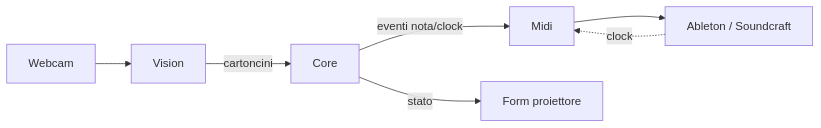
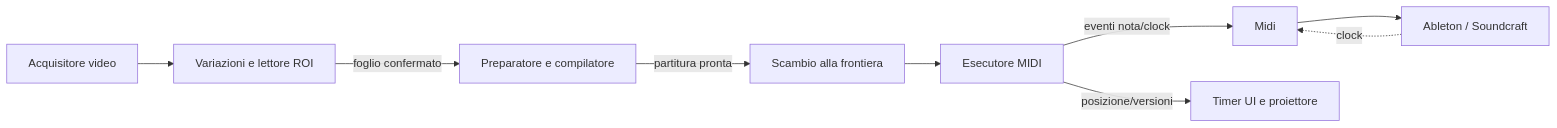
Before and after one commit to il-prof-f-a/visual-music-block-looper: the diagram in docs/architettura.md, drawn with Mermaid. The commit also changed other lines of this file and 23 other files, not shown here.

````diff
--- a/docs/architettura.md
+++ b/docs/architettura.md
@@ -15,9 +17,11 @@
 ```mermaid
 flowchart LR
-  cam[Webcam] --> vis[Vision]
-  vis -->|cartoncini| core[Core]
-  core -->|eventi nota/clock| midi[Midi]
-  core -->|stato| proj[Form proiettore]
+  cam[Acquisitore video] --> vis[Variazioni e lettore ROI]
+  vis -->|foglio confermato| prep[Preparatore e compilatore]
+  prep -->|partitura pronta| core[Scambio alla frontiera]
+  core --> exec[Esecutore MIDI]
+  exec -->|eventi nota/clock| midi[Midi]
+  exec -->|posizione/versioni| proj[Timer UI e proiettore]
   midi --> daw[Ableton / Soundcraft]
   daw -.clock.-> midi
 ```
````
